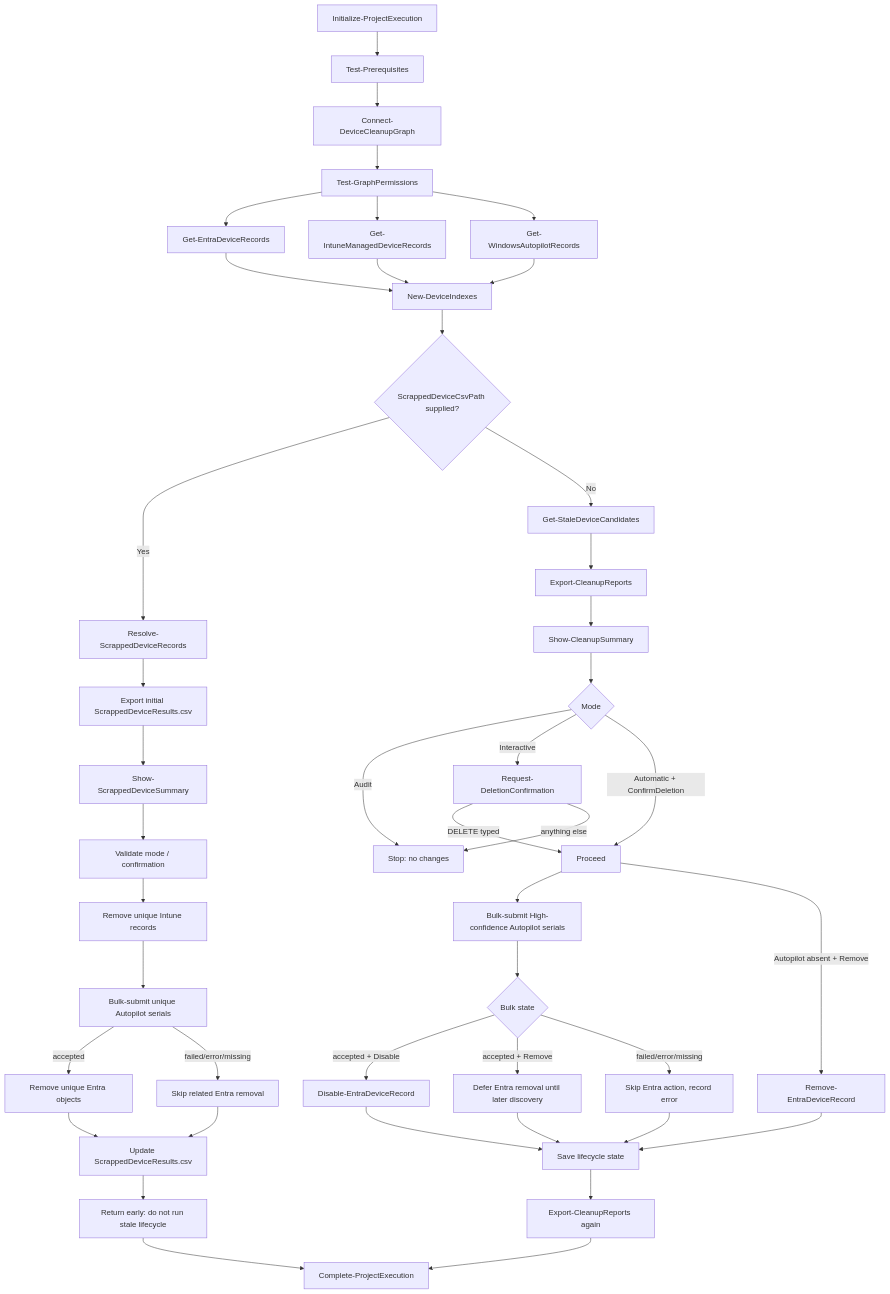
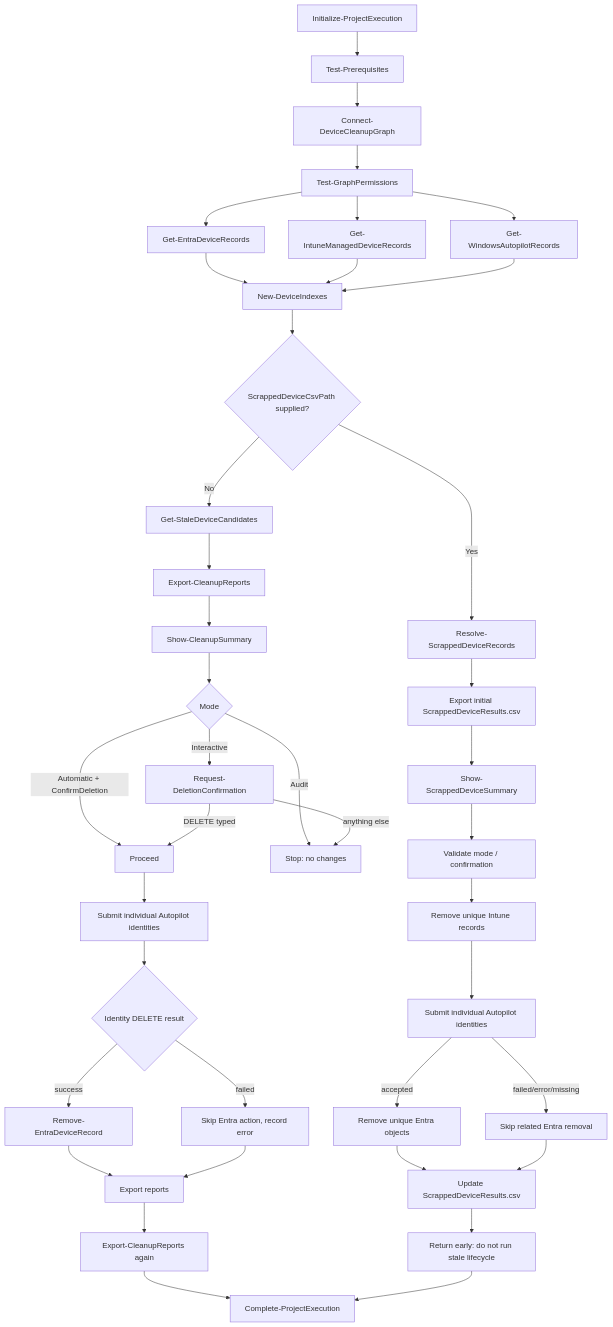
The diagram in docs/Architecture.md (AteaTom/delete-stale-device-records-msgraph), drawn with Mermaid before and after one commit. The commit also changed other lines of this file and 12 other files, not shown here.

Commit message:
Remove obsolete lifecycle and bulk Autopilot code

````diff
--- a/docs/Architecture.md
+++ b/docs/Architecture.md
@@ -8,46 +8,42 @@
 ```mermaid
 flowchart TD
     A[Initialize-ProjectExecution] --> B[Test-Prerequisites]
     B --> C[Connect-DeviceCleanupGraph]
     C --> D[Test-GraphPermissions]
     D --> E[Get-EntraDeviceRecords]
     D --> F[Get-IntuneManagedDeviceRecords]
     D --> G[Get-WindowsAutopilotRecords]
     E --> H[New-DeviceIndexes]
     F --> H
     G --> H
     H --> X{ScrappedDeviceCsvPath supplied?}
     X -->|Yes| Y[Resolve-ScrappedDeviceRecords]
    Y --> Y1[Export initial ScrappedDeviceResults.csv]
    Y1 --> Y2[Show-ScrappedDeviceSummary]
    Y2 --> Z1[Validate mode / confirmation]
    Z1 --> ZA[Remove unique Intune records]
-   ZA --> ZB[Bulk-submit unique Autopilot serials]
+    ZA --> ZB[Submit individual Autopilot identities]
    ZB -->|accepted| ZC[Remove unique Entra objects]
    ZB -->|failed/error/missing| ZD[Skip related Entra removal]
    ZC --> Z3[Update ScrappedDeviceResults.csv]
    ZD --> Z3
     Z3 --> Z4[Return early: do not run stale lifecycle]
     X -->|No| I[Get-StaleDeviceCandidates]
     I --> J[Export-CleanupReports]
     J --> K[Show-CleanupSummary]
     K --> L{Mode}
     L -->|Audit| M[Stop: no changes]
     L -->|Interactive| N[Request-DeletionConfirmation]
     L -->|Automatic + ConfirmDeletion| O[Proceed]
     N -->|DELETE typed| O
     N -->|anything else| M
-   O --> P[Bulk-submit High-confidence Autopilot serials]
-   P --> Q{Bulk state}
-   Q -->|accepted + Disable| S[Disable-EntraDeviceRecord]
-   Q -->|accepted + Remove| U[Defer Entra removal until later discovery]
-   Q -->|failed/error/missing| U2[Skip Entra action, record error]
-   O -->|Autopilot absent + Remove| T[Remove-EntraDeviceRecord]
-    S --> V[Save lifecycle state]
-    T --> V
-    U --> V
+   O --> P[Submit individual Autopilot identities]
+   P --> Q{Identity DELETE result}
+   Q -->|success| T[Remove-EntraDeviceRecord]
+   Q -->|failed| U2[Skip Entra action, record error]
+    T --> V[Export reports]
    U2 --> V
     V --> W[Export-CleanupReports again]
     W --> Z5[Complete-ProjectExecution]
     Z4 --> Z5
 ```
````
